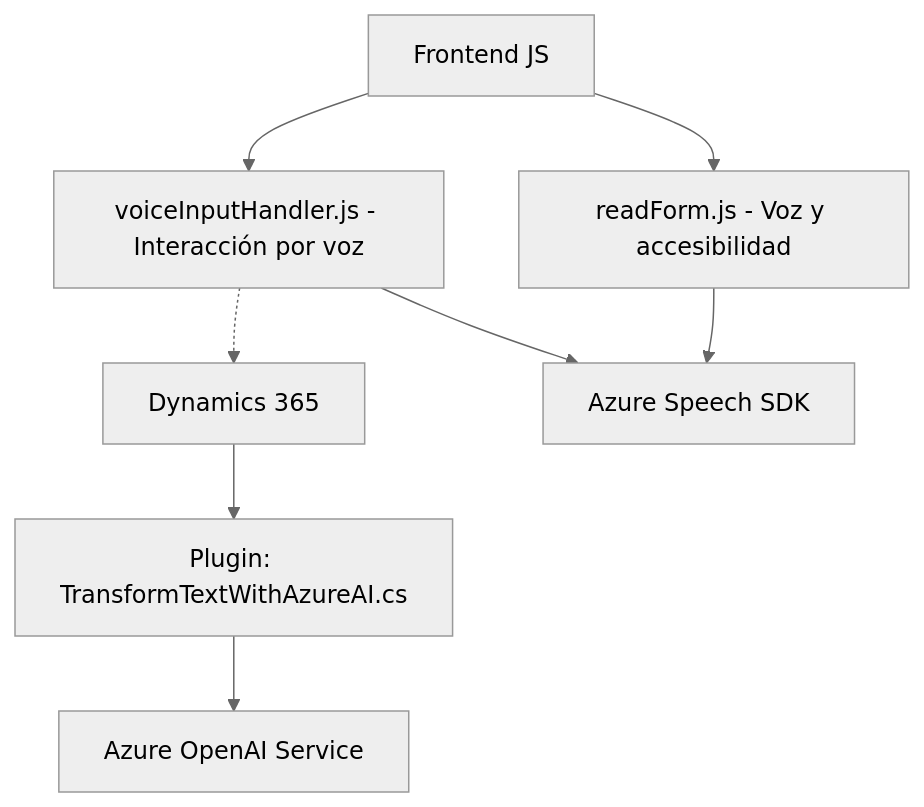
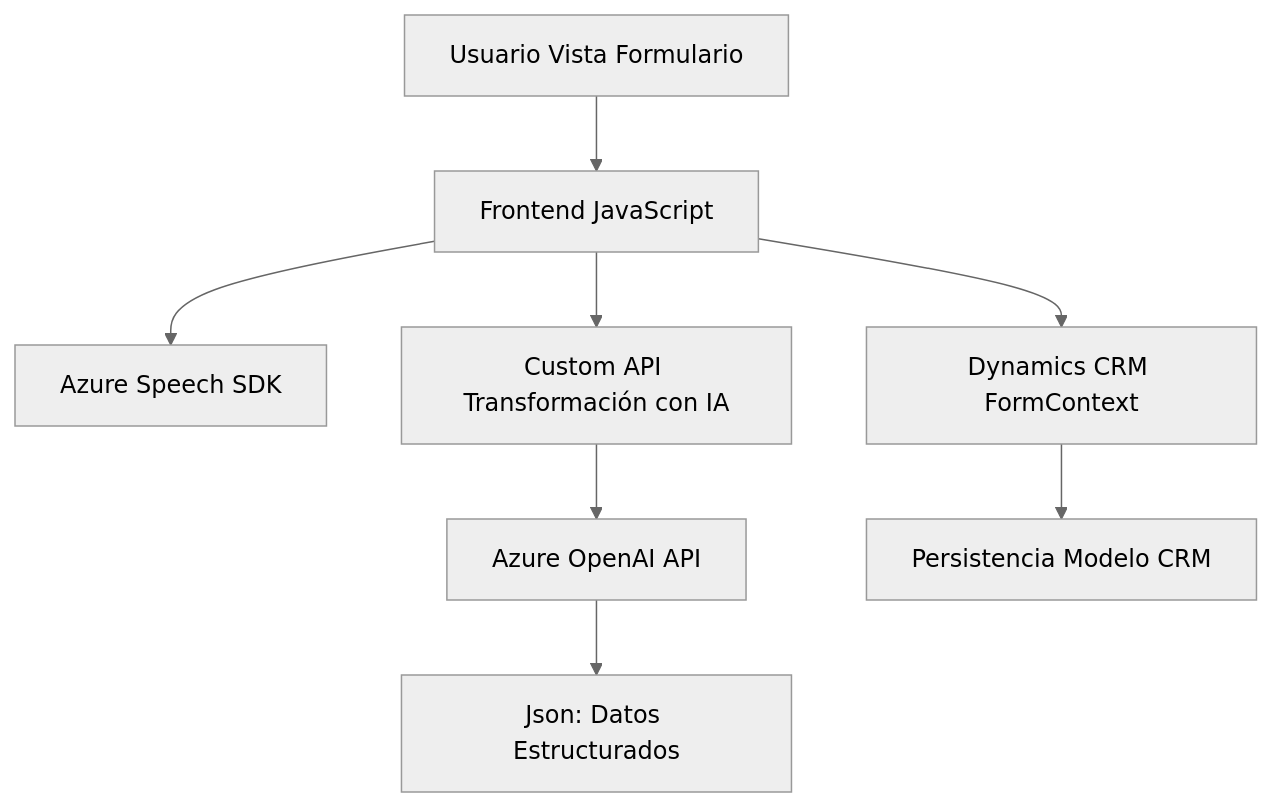
Before and after one commit to blopezdm/NETCORE_BILBAO2025: the diagram in README.md, drawn with Mermaid (neutral theme). The commit also changed other lines of this file, not shown here.

Commit message:
Actualizar análisis global de la solución con IA

````diff
--- a/README.md
+++ b/README.md
@@ -30,18 +35,10 @@
 ```mermaid
 graph TD
-    A["Frontend JS"]
-    B["readForm.js - Voz y accesibilidad"]
-    C["voiceInputHandler.js - Interacción por voz"]
-    D["Dynamics 365"]
-    E["Plugin: TransformTextWithAzureAI.cs"]
-    F["Azure Speech SDK"]
-    G["Azure OpenAI Service"]
-
-    A --> B
-    A --> C
-    C --> F
-    B --> F
-    C -.-> D
-    D --> E
-    E --> G
+    A["Usuario Vista Formulario"] --> B["Frontend JavaScript"]
+    B --> C["Azure Speech SDK"]
+    B --> D["Custom API Transformación con IA"]
+    D --> E["Azure OpenAI API"]
+    E --> F["Json: Datos Estructurados"]
+    B --> G["Dynamics CRM FormContext"]
+    G --> H["Persistencia Modelo CRM"]
 ```
````
